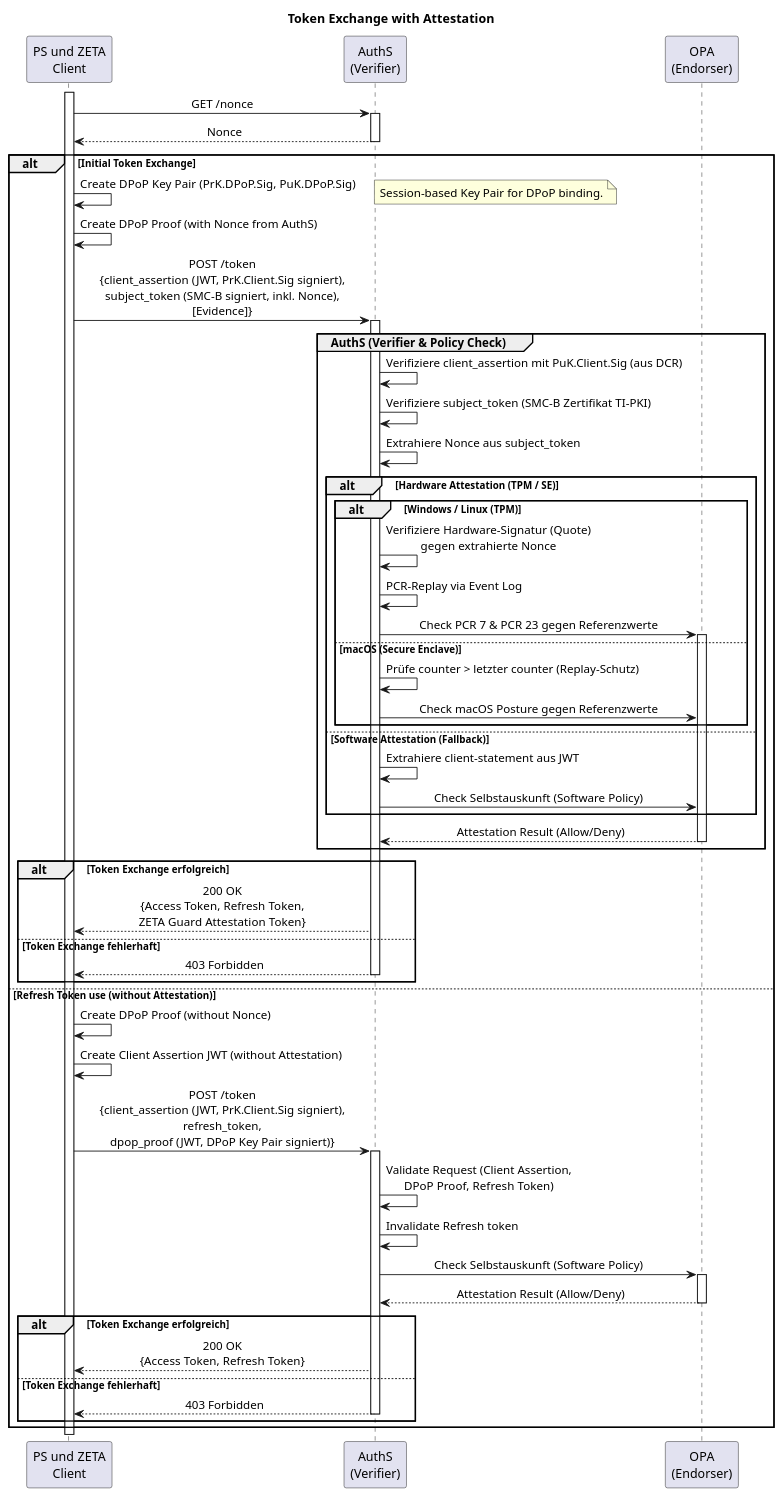
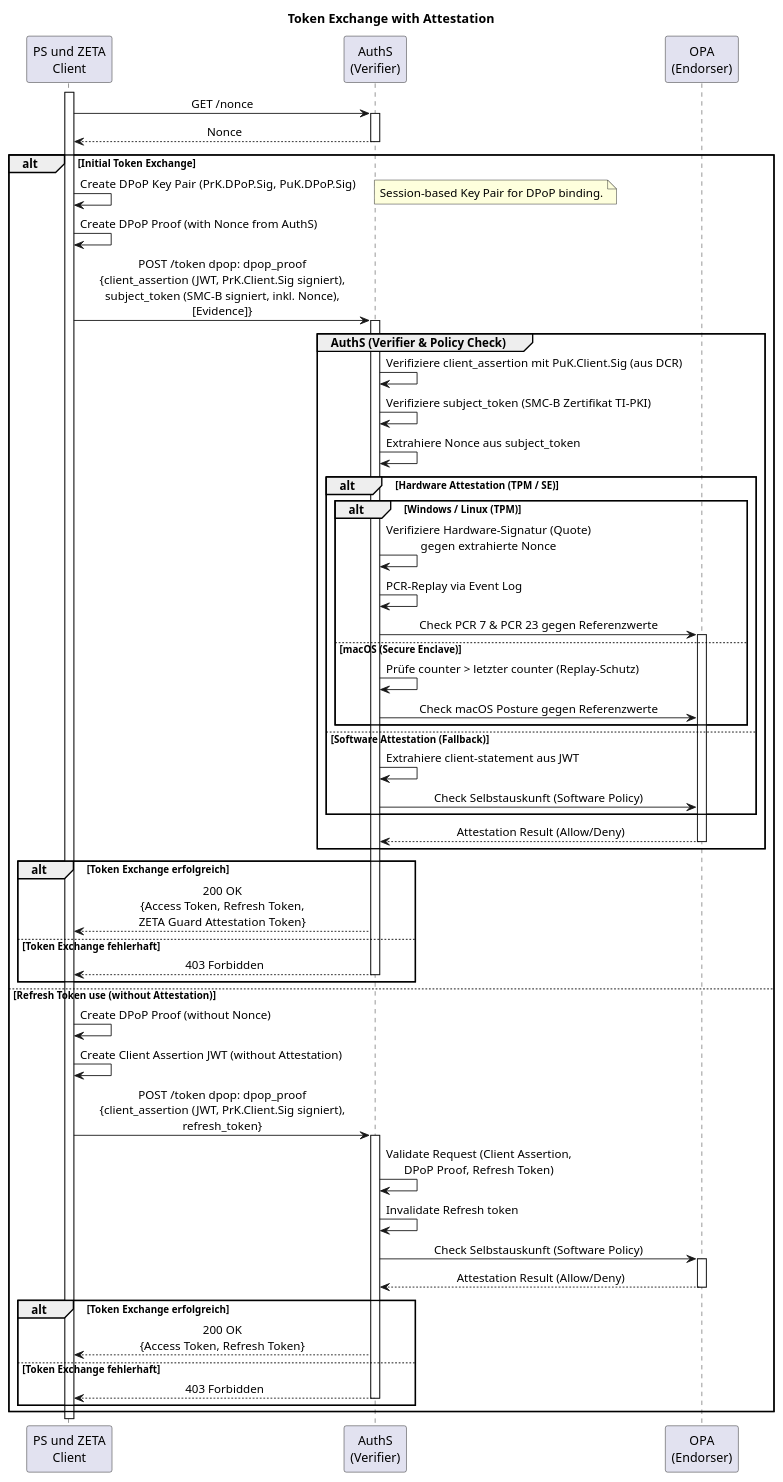
Before and after one commit to gematik/zeta: the diagram in src/plantuml/tmp/attestation-flows/token-exchange-with-attestation.puml, drawn with PlantUML.

Commit message:
docs: update token exchange flow diagram to clarify DPoP header requirements

```diff
--- a/src/plantuml/tmp/attestation-flows/token-exchange-with-attestation.puml
+++ b/src/plantuml/tmp/attestation-flows/token-exchange-with-attestation.puml
@@ -1,63 +1,63 @@
 @startuml "token-exchange-with-attestation"
 skinparam sequenceMessageAlign center
 title Token Exchange with Attestation
 
 participant "PS und ZETA\nClient" as Client
 participant "AuthS\n(Verifier)" as AuthS
 participant "OPA\n(Endorser)" as OPA
 
 Client++
 Client -> AuthS++: GET /nonce
 AuthS --> Client--: Nonce
 
 alt Initial Token Exchange
     Client -> Client : Create DPoP Key Pair (PrK.DPoP.Sig, PuK.DPoP.Sig)
     note right: Session-based Key Pair for DPoP binding.
 
     Client -> Client : Create DPoP Proof (with Nonce from AuthS)
-    Client -> AuthS++: POST /token\n{client_assertion (JWT, PrK.Client.Sig signiert),\nsubject_token (SMC-B signiert, inkl. Nonce),\n[Evidence]}
+    Client -> AuthS++: POST /token dpop: dpop_proof\n{client_assertion (JWT, PrK.Client.Sig signiert),\nsubject_token (SMC-B signiert, inkl. Nonce),\n[Evidence]}
 
     group AuthS (Verifier & Policy Check)
         AuthS -> AuthS: Verifiziere client_assertion mit PuK.Client.Sig (aus DCR)
         AuthS -> AuthS: Verifiziere subject_token (SMC-B Zertifikat TI-PKI)
         AuthS -> AuthS: Extrahiere Nonce aus subject_token
         
         alt Hardware Attestation (TPM / SE)
             alt Windows / Linux (TPM)
                 AuthS -> AuthS: Verifiziere Hardware-Signatur (Quote)\ngegen extrahierte Nonce
                 AuthS -> AuthS: PCR-Replay via Event Log
                 AuthS -> OPA++: Check PCR 7 & PCR 23 gegen Referenzwerte
             else macOS (Secure Enclave)
                 AuthS -> AuthS: Prüfe counter > letzter counter (Replay-Schutz)
                 AuthS -> OPA: Check macOS Posture gegen Referenzwerte
             end
             
         else Software Attestation (Fallback)
             AuthS -> AuthS: Extrahiere client-statement aus JWT
             AuthS -> OPA: Check Selbstauskunft (Software Policy)
         end
         
         OPA --> AuthS--: Attestation Result (Allow/Deny)
     end
 
     alt Token Exchange erfolgreich
         AuthS --> Client: 200 OK\n{Access Token, Refresh Token,\nZETA Guard Attestation Token}
     else Token Exchange fehlerhaft
         AuthS --> Client--: 403 Forbidden
     end
 
 else Refresh Token use (without Attestation)
     Client -> Client : Create DPoP Proof (without Nonce)
     Client -> Client : Create Client Assertion JWT (without Attestation)
-    Client -> AuthS++: POST /token\n{client_assertion (JWT, PrK.Client.Sig signiert),\nrefresh_token,\ndpop_proof (JWT, DPoP Key Pair signiert)}
+    Client -> AuthS++: POST /token dpop: dpop_proof\n{client_assertion (JWT, PrK.Client.Sig signiert),\nrefresh_token}
     AuthS -> AuthS : Validate Request (Client Assertion,\nDPoP Proof, Refresh Token)
     AuthS -> AuthS: Invalidate Refresh token
     AuthS -> OPA++: Check Selbstauskunft (Software Policy)
     OPA --> AuthS--: Attestation Result (Allow/Deny)
     alt Token Exchange erfolgreich
         AuthS --> Client: 200 OK\n{Access Token, Refresh Token}
     else Token Exchange fehlerhaft
         AuthS --> Client--: 403 Forbidden
     end
 end
 @enduml
```
